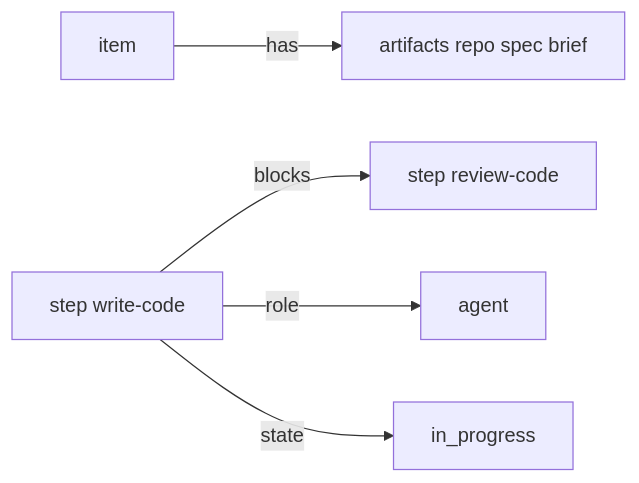
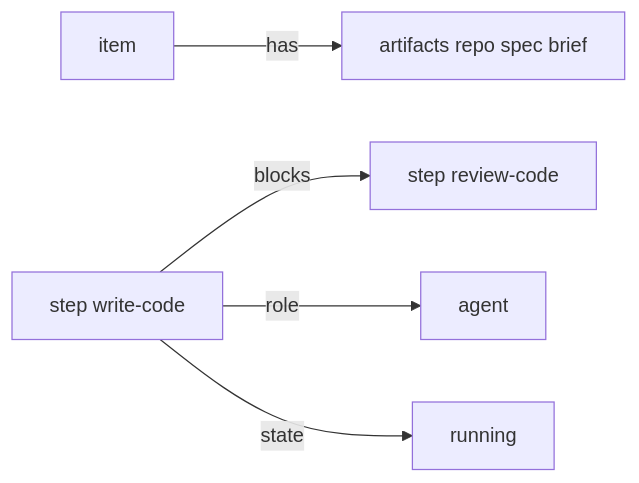
One commit to kenmclennan/lightcycle changed the second of 2 diagrams in docs/data-model.md. Above: the diagram before and after it, drawn with Mermaid. The commit also changed other lines of this file and 82 other files, not shown here.

````diff
--- a/docs/data-model.md
+++ b/docs/data-model.md
@@ -49,7 +45,7 @@
 ```mermaid
 graph LR
   item[item] -->|has| art[artifacts repo spec brief]
   step1[step write-code] -->|blocks| step2[step review-code]
   step1 -->|role| r[agent]
-  step1 -->|state| s[in_progress]
+  step1 -->|state| s[running]
 ```
````
